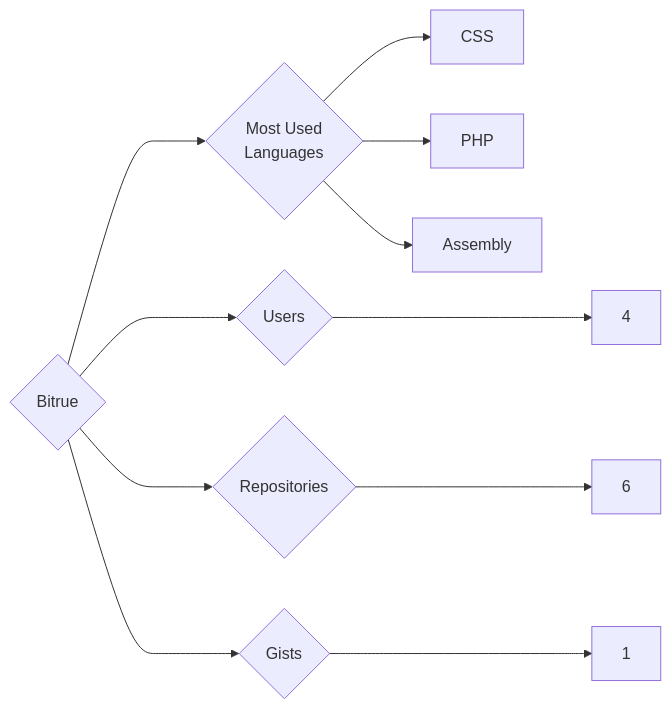
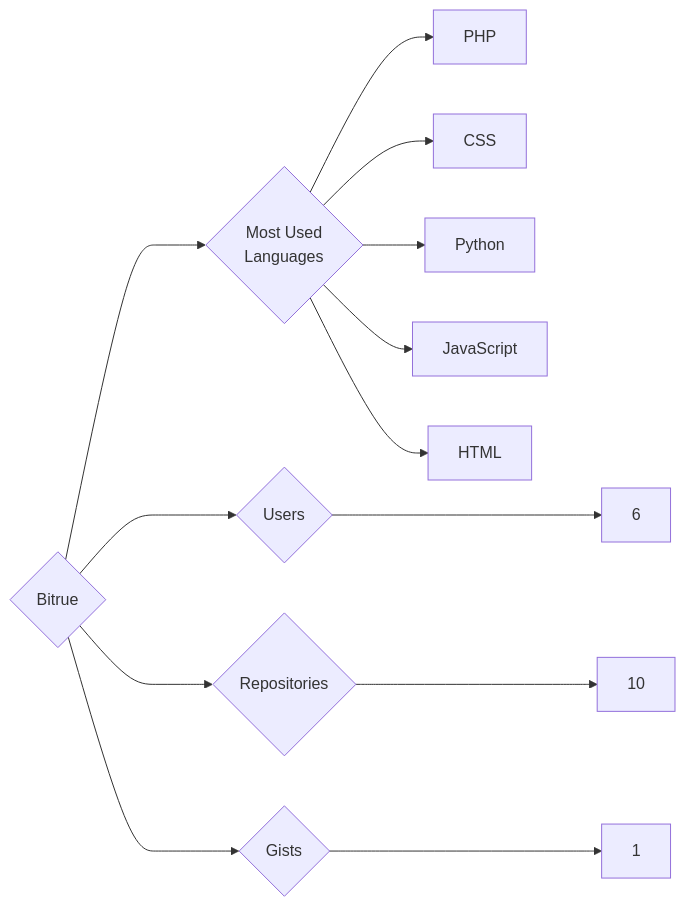
Before and after one commit to trickest/insiders: the diagram in targets/Bitrue/README.md, drawn with Mermaid. The commit also changed 870 other files, not shown here.

````diff
--- a/targets/Bitrue/README.md
+++ b/targets/Bitrue/README.md
@@ -3,11 +3,13 @@
 ```mermaid
 graph LR
 COMPANY_NAME{Bitrue}
-COMPANY_NAME ---> U{Users} ---> UN[4]
-COMPANY_NAME ---> R{Repositories} ---> RN[6]
+COMPANY_NAME ---> U{Users} ---> UN[6]
+COMPANY_NAME ---> R{Repositories} ---> RN[10]
 COMPANY_NAME ---> G{Gists} ---> GN[1]
 COMPANY_NAME ---> ML{Most Used<br>Languages}
+ML --> PHP[PHP]
 ML --> CSS[CSS]
-ML --> PHP[PHP]
-ML --> Assembly[Assembly]
+ML --> Python[Python]
+ML --> JavaScript[JavaScript]
+ML --> HTML[HTML]
 ```
````
